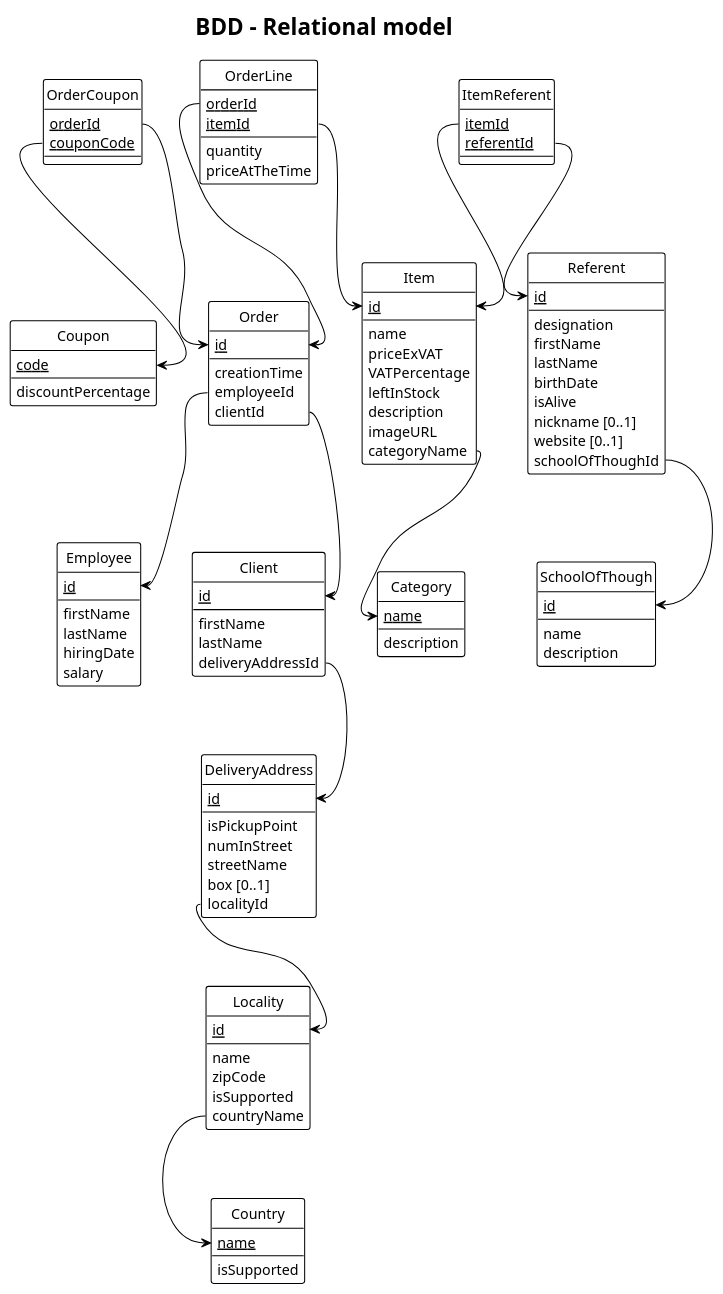
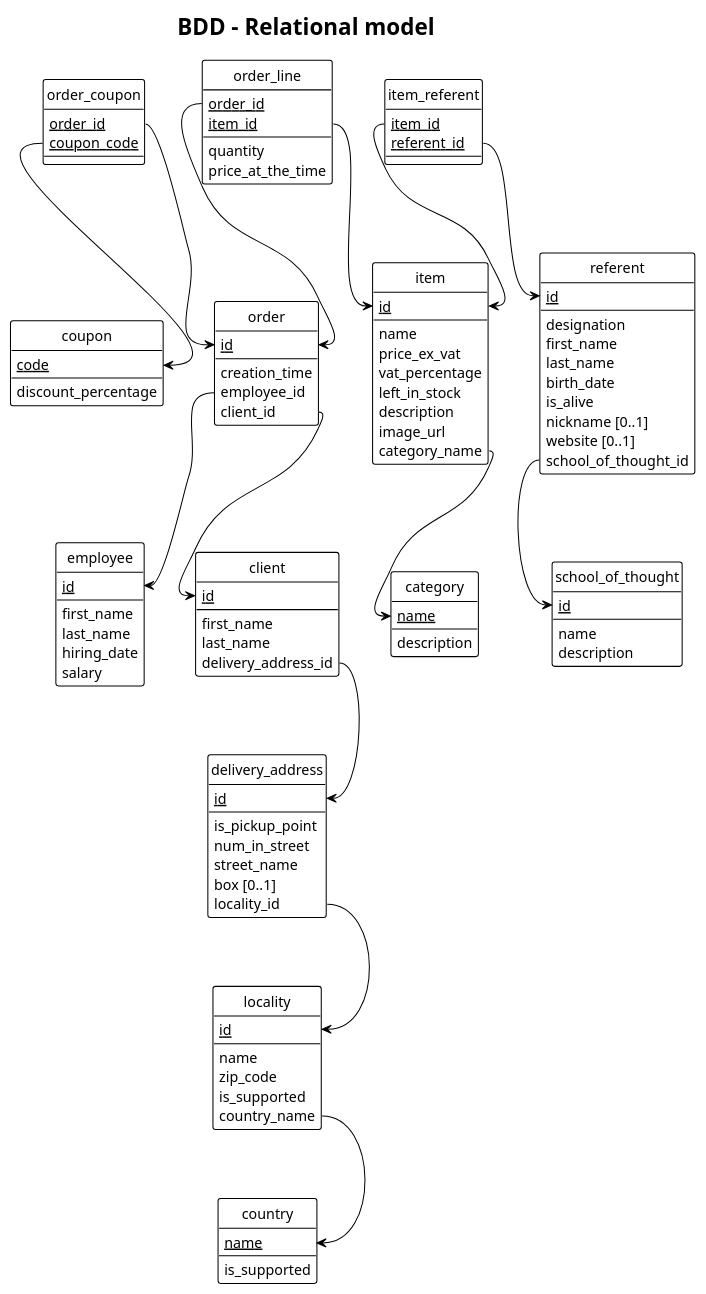
The diagram in puml/relational_DB_model.puml (Keaexe/advanced_POO), drawn with PlantUML before and after one commit.

Commit message:
snake_case for relational_DB_model.puml

```diff
--- a/puml/relational_DB_model.puml
+++ b/puml/relational_DB_model.puml
@@ -1,129 +1,129 @@
 @startuml BDD - Relational model
 title BDD - Relational model
 !theme plain
 hide circle
 
-entity Item{
+entity item{
   <u>id</u>
   --
   name
-  priceExVAT
-  VATPercentage
-  leftInStock
+  price_ex_vat
+  vat_percentage
+  left_in_stock
   description
-  imageURL
-  categoryName
+  image_url
+  category_name
 }
-entity Category{
+entity category{
   <u>name</u>
   --
   description
 }
-entity Referent{
+entity referent{
   <u>id</u>
   --
   designation
-  firstName
-  lastName
-  birthDate
-  isAlive 
+  first_name
+  last_name
+  birth_date
+  is_alive 
   nickname [0..1]
   website [0..1]
-  schoolOfThoughId
+  school_of_thought_id
 }
-entity SchoolOfThough{
+entity school_of_thought{
   <u>id</u>
   --
   name
   description
 }
-entity Order{
+entity order{
   <u>id</u>
   --
-  creationTime
-  employeeId
-  clientId
+  creation_time
+  employee_id
+  client_id
 }
-entity Client{
+entity client{
   <u>id</u>
   --
-  firstName
-  lastName
-  deliveryAddressId
+  first_name
+  last_name
+  delivery_address_id
 }
-entity OrderLine{
-  <u>orderId</u>
-  <u>itemId</u>
+entity order_line{
+  <u>order_id</u>
+  <u>item_id</u>
   --
   quantity
-  priceAtTheTime
+  price_at_the_time
 }
 
 
-entity Coupon{
+entity coupon{
   <u>code</u>
   --
-  discountPercentage
+  discount_percentage
 }
 
-entity Employee{
+entity employee{
   <u>id</u>
   --
-  firstName
-  lastName
-  hiringDate
+  first_name
+  last_name
+  hiring_date
   salary
 }
-entity Country{
+entity country{
   <u>name</u>
   --
-  isSupported 
+  is_supported 
 }
-entity Locality{
+entity locality{
   <u>id</u>
   --
   name
-  zipCode
-  isSupported 
-  countryName
+  zip_code
+  is_supported 
+  country_name
 }
-entity DeliveryAddress{
+entity delivery_address{
   <u>id</u>
   --
-  isPickupPoint 
-  numInStreet
-  streetName
+  is_pickup_point 
+  num_in_street
+  street_name
   box [0..1]
-  localityId
+  locality_id
 }
 
-entity OrderCoupon{
-  <u>orderId</u>
-  <u>couponCode</u>
+entity order_coupon{
+  <u>order_id</u>
+  <u>coupon_code</u>
 }
-entity ItemReferent{
-  <u>itemId</u>
-  <u>referentId</u>
+entity item_referent{
+  <u>item_id</u>
+  <u>referent_id</u>
 }
 
-Item::categoryName --> Category::name
+item::category_name --> category::name
 
-Referent::schoolOfThoughId --> SchoolOfThough::id
+referent::school_of_thought_id --> school_of_thought::id
 
-Order::employeeId --> Employee::id
-Order::clientId --> Client::id
+order::employee_id --> employee::id
+order::client_id --> client::id
 
-Client::deliveryAddressId --> DeliveryAddress::id
+client::delivery_address_id --> delivery_address::id
 
-OrderLine::orderId --> Order::id
-OrderLine::itemId --> Item::id
+order_line::order_id --> order::id
+order_line::item_id --> item::id
 
-Locality::countryName --> Country::name
-DeliveryAddress::localityId --> Locality::id
+locality::country_name --> country::name
+delivery_address::locality_id --> locality::id
 
-OrderCoupon::orderId --> Order::id
-OrderCoupon::couponCode --> Coupon::code
+order_coupon::order_id --> order::id
+order_coupon::coupon_code --> coupon::code
 
-ItemReferent::itemId --> Item::id
-ItemReferent::referentId --> Referent::id
+item_referent::item_id --> item::id
+item_referent::referent_id --> referent::id
 @enduml
```
